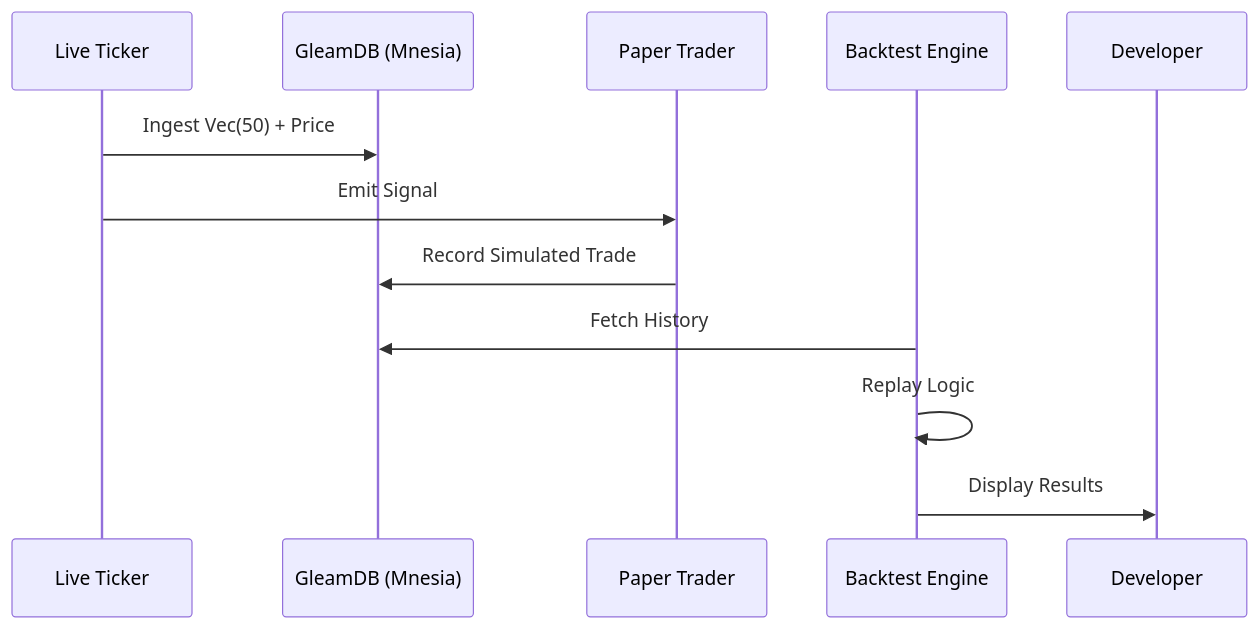
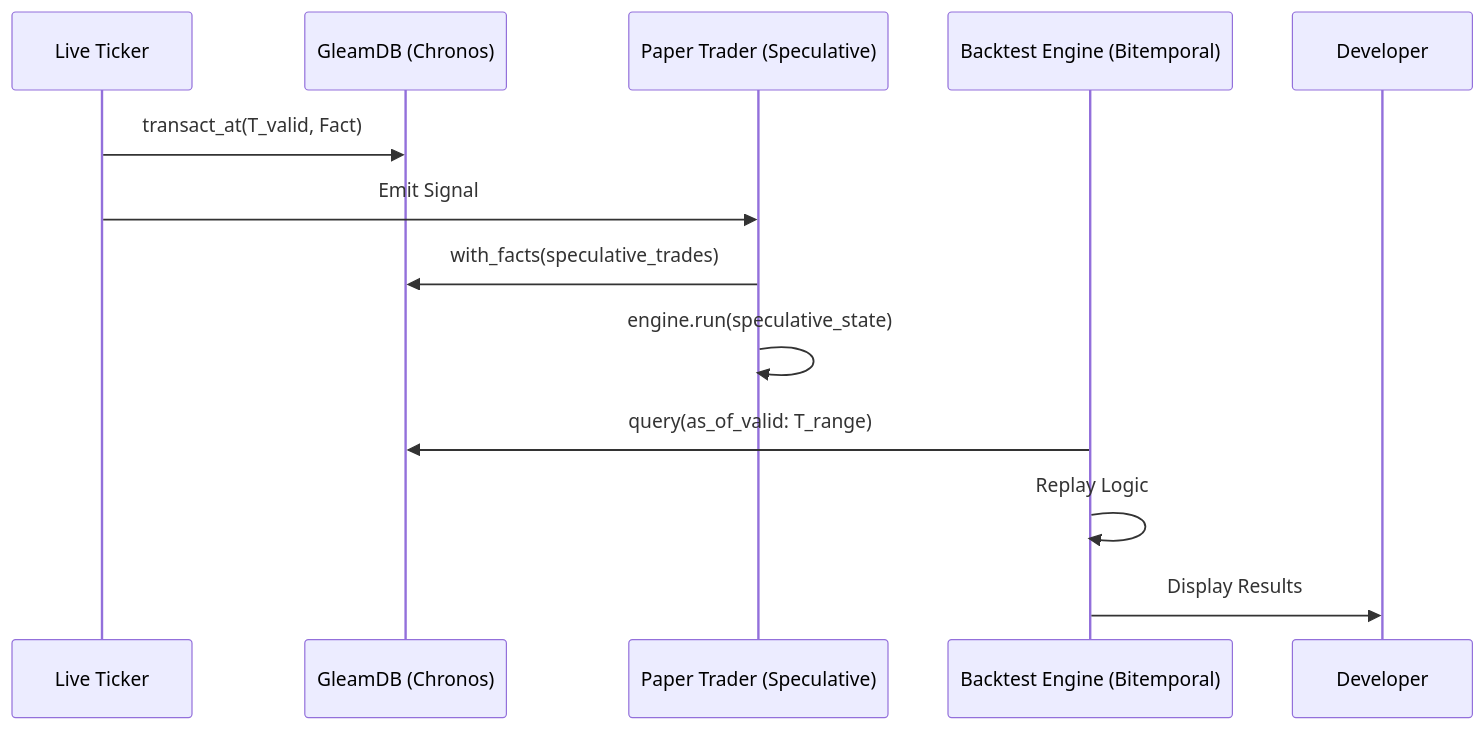
Before and after one commit to criticalinsight/gswarm: the diagram in docs/specs/backtesting_and_paper_trading.md, drawn with Mermaid. The commit also changed other lines of this file and 9 other files, not shown here.

````diff
--- a/docs/specs/backtesting_and_paper_trading.md
+++ b/docs/specs/backtesting_and_paper_trading.md
@@ -48,14 +40,15 @@
 ```mermaid
 sequenceDiagram
     participant LT as Live Ticker
-    participant DB as GleamDB (Mnesia)
-    participant PT as Paper Trader
-    participant BT as Backtest Engine
+    participant G as GleamDB (Chronos)
+    participant PT as Paper Trader (Speculative)
+    participant BT as Backtest Engine (Bitemporal)
 
-    LT->>DB: Ingest Vec(50) + Price
+    LT->>G: transact_at(T_valid, Fact)
     LT->>PT: Emit Signal
-    PT->>DB: Record Simulated Trade
-    BT->>DB: Fetch History
+    PT->>G: with_facts(speculative_trades)
+    PT->>PT: engine.run(speculative_state)
+    BT->>G: query(as_of_valid: T_range)
     BT->>BT: Replay Logic
     BT->>Developer: Display Results
 ```
````
